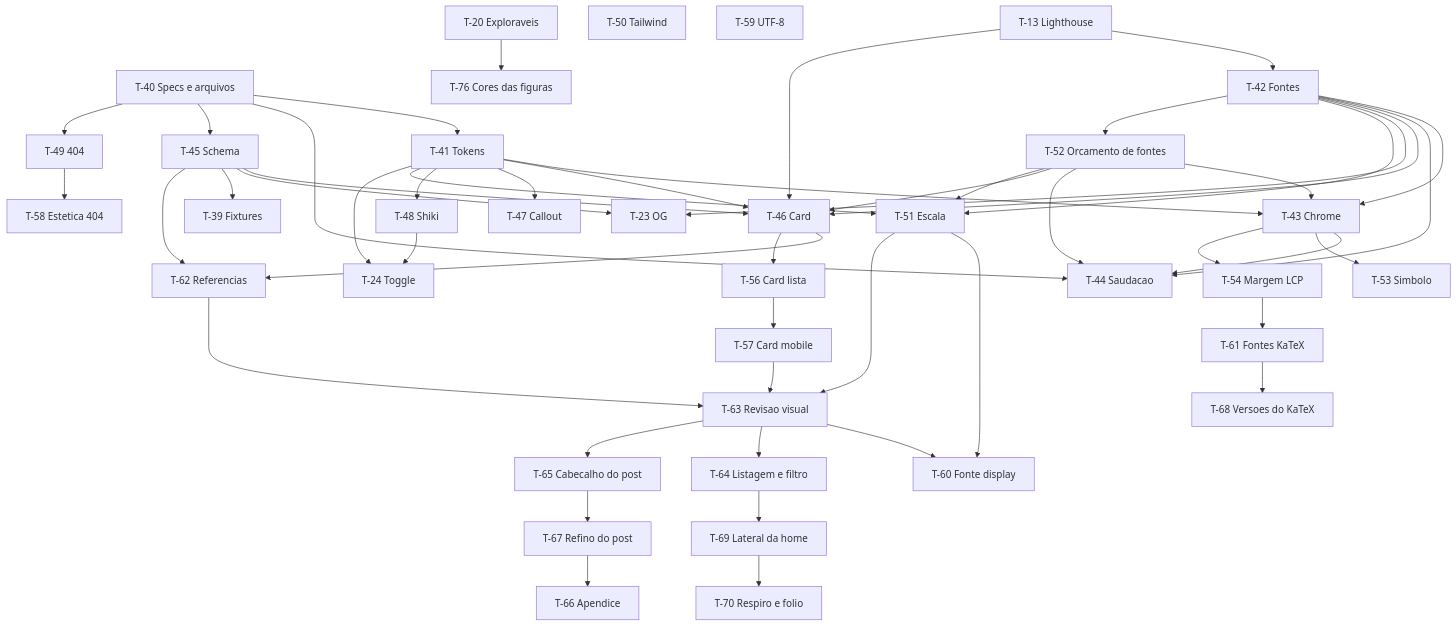
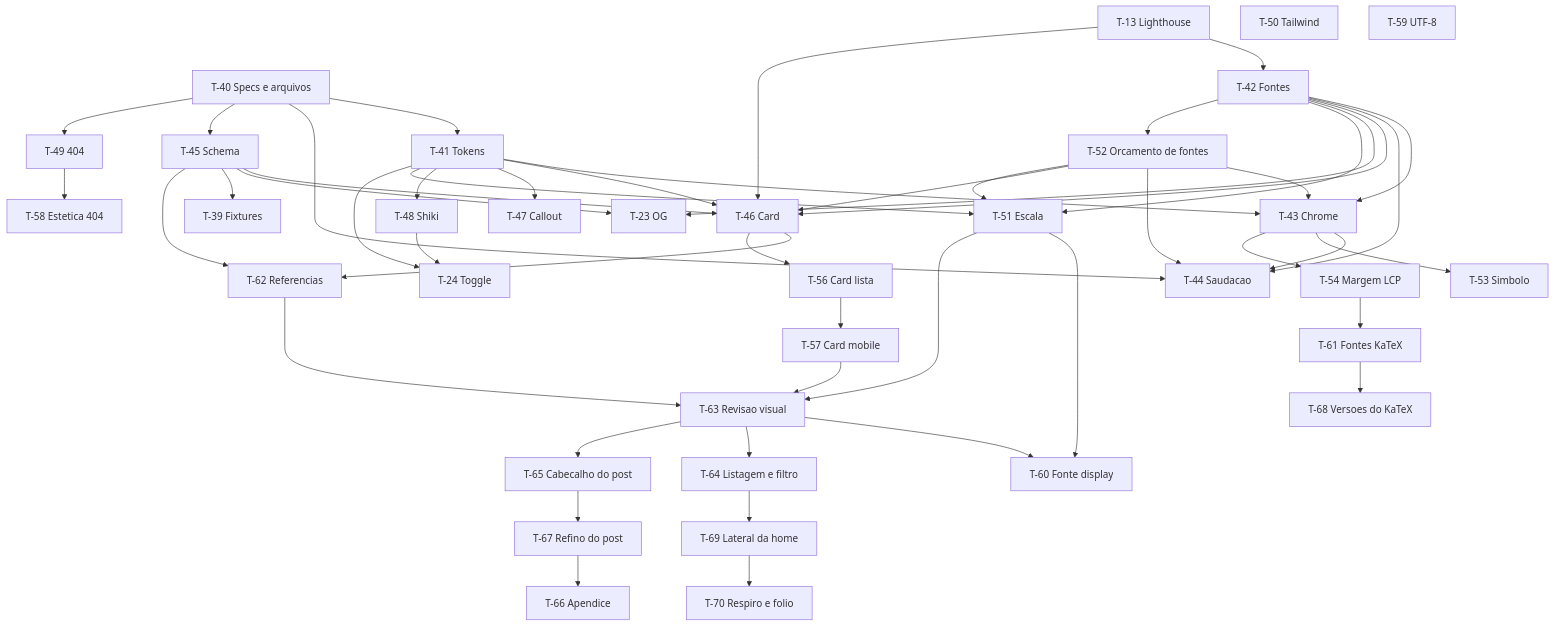
The second of 2 diagrams in specs/ROADMAP.md (Pedroknoll/blog_pedro-knoll), drawn with Mermaid before and after one commit. The commit also changed other lines of this file and 4 other files, not shown here.

Commit message:
docs: reestrutura o roadmap para o fluxo de conteúdo [RNF-14, RNF-01, RNF-04, RNF-06, RNF-09, RF-08] (#59)

````diff
--- a/specs/ROADMAP.md
+++ b/specs/ROADMAP.md
@@ -120,8 +123,6 @@
   T68[T-68 Versoes do KaTeX]
   T69[T-69 Lateral da home]
   T70[T-70 Respiro e folio]
-  T20[T-20 Exploraveis]
-  T76[T-76 Cores das figuras]
   T40 --> T41
   T40 --> T44
   T40 --> T45
@@ -169,5 +170,4 @@
   T61 --> T68
   T64 --> T69
   T69 --> T70
-  T20 --> T76
 ```
````
